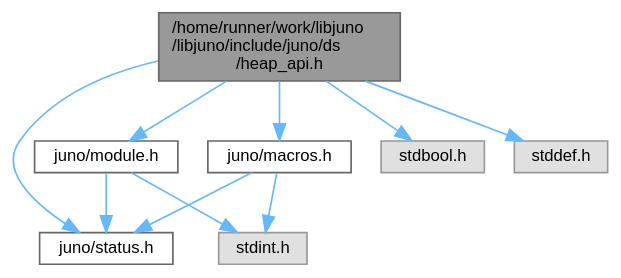
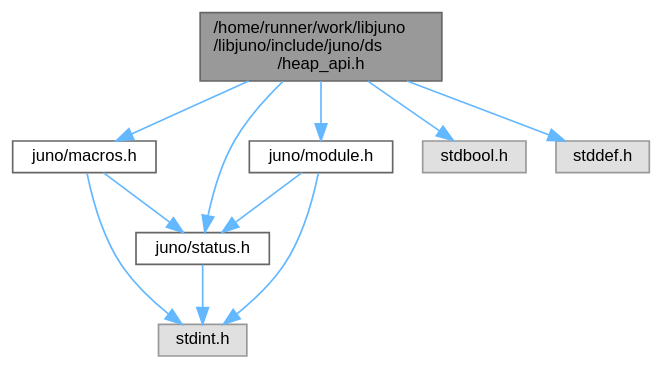
The diagram in heap__api_8h__incl.dot (robinonsay/libjuno), drawn with Graphviz before and after one commit. The commit also changed 259 other files, not shown here.

```diff
--- a/heap__api_8h__incl.dot
+++ b/heap__api_8h__incl.dot
@@ -1,23 +1,24 @@
 digraph "/home/runner/work/libjuno/libjuno/include/juno/ds/heap_api.h"
 {
  // LATEX_PDF_SIZE
   bgcolor="transparent";
   edge [fontname=Helvetica,fontsize=10,labelfontname=Helvetica,labelfontsize=10];
   node [fontname=Helvetica,fontsize=10,shape=box,height=0.2,width=0.4];
   Node1 [id="Node000001",label="/home/runner/work/libjuno\l/libjuno/include/juno/ds\l/heap_api.h",height=0.2,width=0.4,color="gray40", fillcolor="grey60", style="filled", fontcolor="black",tooltip="A minimal, portable binary-heap abstraction using LibJuno modules."];
   Node1 -> Node2 [id="edge1_Node000001_Node000002",color="steelblue1",style="solid",tooltip=" "];
   Node2 [id="Node000002",label="juno/macros.h",height=0.2,width=0.4,color="grey40", fillcolor="white", style="filled",URL="$macros_8h.html",tooltip=" "];
   Node2 -> Node3 [id="edge2_Node000002_Node000003",color="steelblue1",style="solid",tooltip=" "];
   Node3 [id="Node000003",label="juno/status.h",height=0.2,width=0.4,color="grey40", fillcolor="white", style="filled",URL="$status_8h.html",tooltip=" "];
-  Node2 -> Node4 [id="edge3_Node000002_Node000004",color="steelblue1",style="solid",tooltip=" "];
+  Node3 -> Node4 [id="edge3_Node000003_Node000004",color="steelblue1",style="solid",tooltip=" "];
   Node4 [id="Node000004",label="stdint.h",height=0.2,width=0.4,color="grey60", fillcolor="#E0E0E0", style="filled",tooltip=" "];
-  Node1 -> Node3 [id="edge4_Node000001_Node000003",color="steelblue1",style="solid",tooltip=" "];
-  Node1 -> Node5 [id="edge5_Node000001_Node000005",color="steelblue1",style="solid",tooltip=" "];
+  Node2 -> Node4 [id="edge4_Node000002_Node000004",color="steelblue1",style="solid",tooltip=" "];
+  Node1 -> Node3 [id="edge5_Node000001_Node000003",color="steelblue1",style="solid",tooltip=" "];
+  Node1 -> Node5 [id="edge6_Node000001_Node000005",color="steelblue1",style="solid",tooltip=" "];
   Node5 [id="Node000005",label="juno/module.h",height=0.2,width=0.4,color="grey40", fillcolor="white", style="filled",URL="$module_8h.html",tooltip=" "];
-  Node5 -> Node3 [id="edge6_Node000005_Node000003",color="steelblue1",style="solid",tooltip=" "];
-  Node5 -> Node4 [id="edge7_Node000005_Node000004",color="steelblue1",style="solid",tooltip=" "];
-  Node1 -> Node6 [id="edge8_Node000001_Node000006",color="steelblue1",style="solid",tooltip=" "];
+  Node5 -> Node3 [id="edge7_Node000005_Node000003",color="steelblue1",style="solid",tooltip=" "];
+  Node5 -> Node4 [id="edge8_Node000005_Node000004",color="steelblue1",style="solid",tooltip=" "];
+  Node1 -> Node6 [id="edge9_Node000001_Node000006",color="steelblue1",style="solid",tooltip=" "];
   Node6 [id="Node000006",label="stdbool.h",height=0.2,width=0.4,color="grey60", fillcolor="#E0E0E0", style="filled",tooltip=" "];
-  Node1 -> Node7 [id="edge9_Node000001_Node000007",color="steelblue1",style="solid",tooltip=" "];
+  Node1 -> Node7 [id="edge10_Node000001_Node000007",color="steelblue1",style="solid",tooltip=" "];
   Node7 [id="Node000007",label="stddef.h",height=0.2,width=0.4,color="grey60", fillcolor="#E0E0E0", style="filled",tooltip=" "];
 }
```
